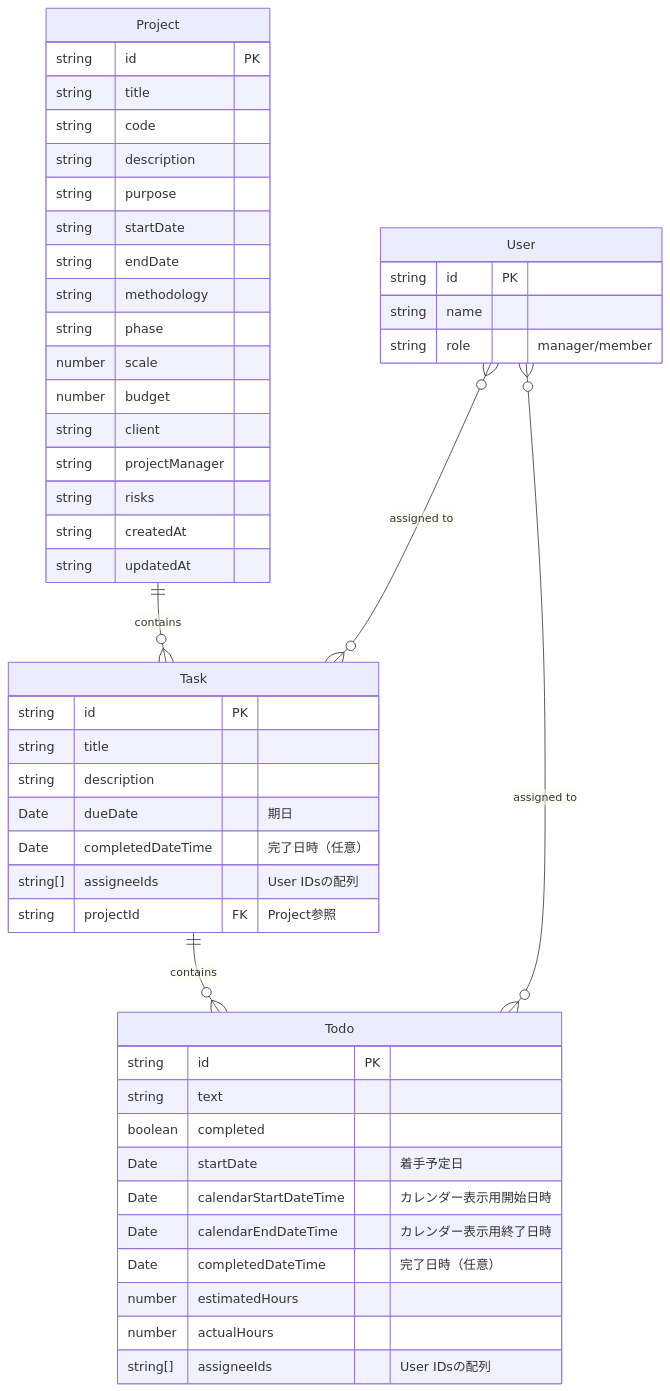
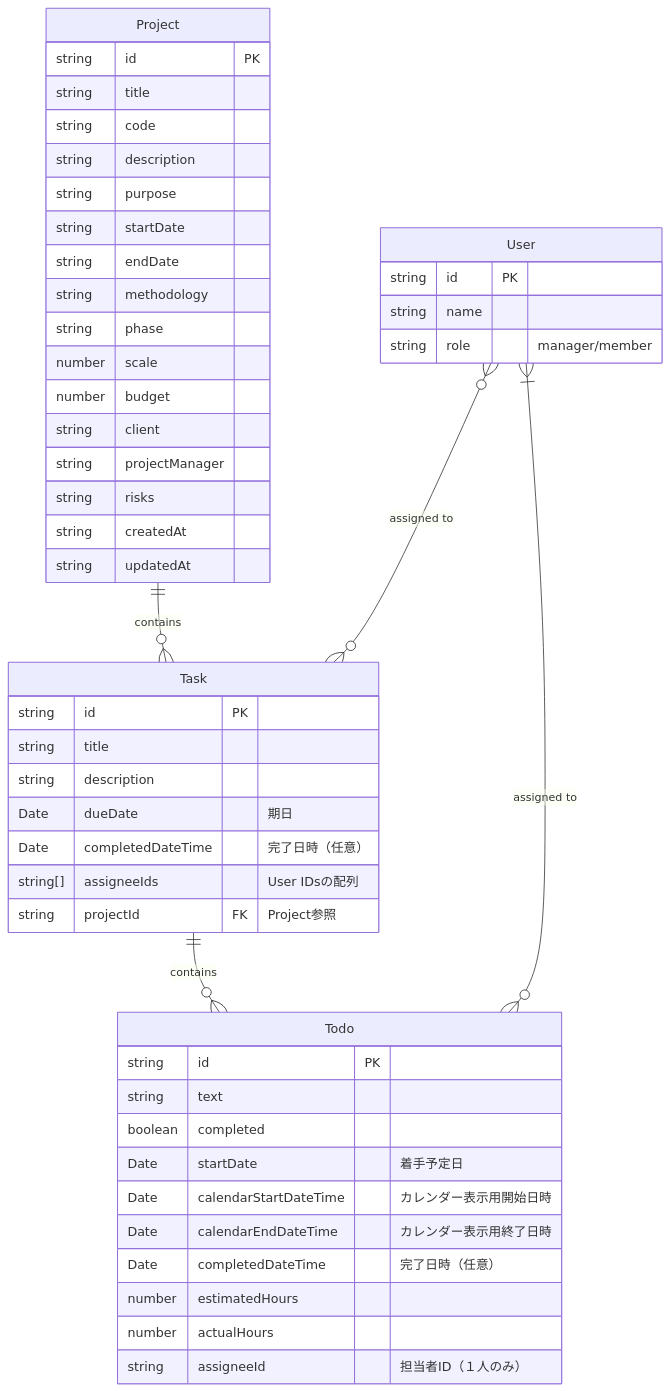
One commit to whiten-admin/play-ground1 changed the diagram in docs/data-model.md. Above: the diagram before and after it, drawn with Mermaid. The commit also changed 10 other files, not shown here.

````diff
--- a/docs/data-model.md
+++ b/docs/data-model.md
@@ -7,55 +7,55 @@
 ```mermaid
 erDiagram
     Project ||--o{ Task : "contains"
     Task ||--o{ Todo : "contains"
     User }o--o{ Task : "assigned to"
-    User }o--o{ Todo : "assigned to"
+    User }|--o{ Todo : "assigned to"
 
     Project {
         string id PK
         string title
         string code
         string description
         string purpose
         string startDate
         string endDate
         string methodology
         string phase
         number scale
         number budget
         string client
         string projectManager
         string risks
         string createdAt
         string updatedAt
     }
 
     Task {
         string id PK
         string title
         string description
         Date dueDate "期日"
         Date completedDateTime "完了日時（任意）"
         string[] assigneeIds "User IDsの配列"
         string projectId FK "Project参照"
     }
 
     Todo {
         string id PK
         string text
         boolean completed
         Date startDate "着手予定日"
         Date calendarStartDateTime "カレンダー表示用開始日時"
         Date calendarEndDateTime "カレンダー表示用終了日時"
         Date completedDateTime "完了日時（任意）"
         number estimatedHours
         number actualHours
-        string[] assigneeIds "User IDsの配列"
+        string assigneeId "担当者ID（１人のみ）"
     }
 
     User {
         string id PK
         string name
         string role "manager/member"
     }
 ```
````
